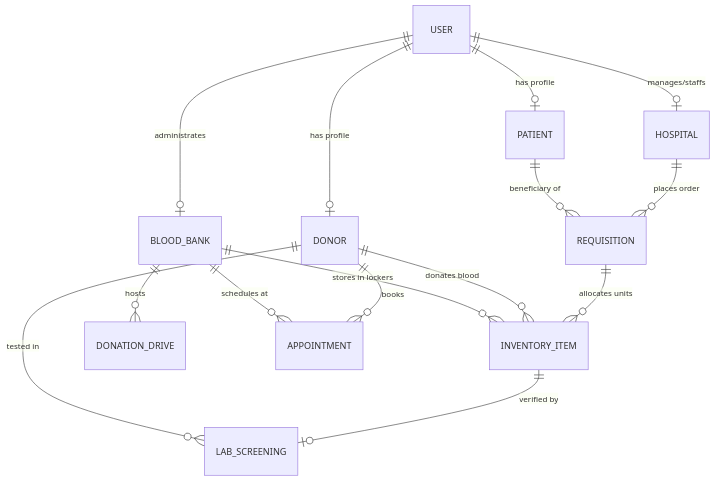
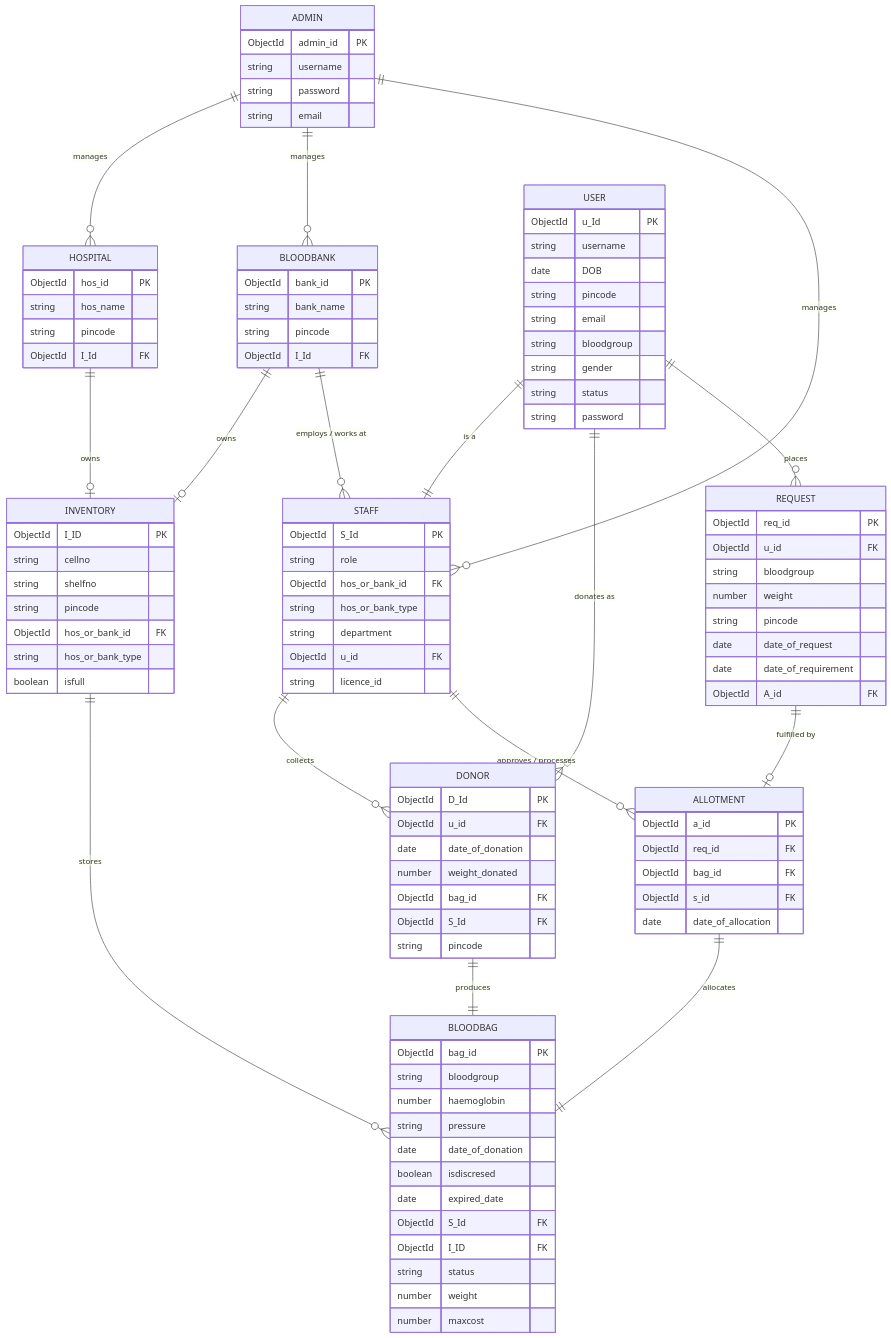
Before and after one commit to nyxens/GitBlameUs: the diagram in documents/DBSCHEMA.md, drawn with Mermaid. The commit also changed other lines of this file and 29 other files, not shown here.

````diff
--- a/documents/DBSCHEMA.md
+++ b/documents/DBSCHEMA.md
@@ -12,21 +15,120 @@
 ```mermaid
 erDiagram
-    USER ||--o| DONOR : "has profile"
-    USER ||--o| PATIENT : "has profile"
-    USER ||--o| HOSPITAL : "manages/staffs"
-    USER ||--o| BLOOD_BANK : "administrates"
-    
-    BLOOD_BANK ||--o{ INVENTORY_ITEM : "stores in lockers"
-    BLOOD_BANK ||--o{ DONATION_DRIVE : "hosts"
-    BLOOD_BANK ||--o{ APPOINTMENT : "schedules at"
-    
-    DONOR ||--o{ APPOINTMENT : "books"
-    DONOR ||--o{ INVENTORY_ITEM : "donates blood"
-    DONOR ||--o{ LAB_SCREENING : "tested in"
-    
-    PATIENT ||--o{ REQUISITION : "beneficiary of"
-    HOSPITAL ||--o{ REQUISITION : "places order"
-    
-    REQUISITION ||--o{ INVENTORY_ITEM : "allocates units"
-    INVENTORY_ITEM ||--o| LAB_SCREENING : "verified by"
+    ADMIN {
+        ObjectId admin_id PK
+        string username
+        string password
+        string email
+    }
+
+    HOSPITAL {
+        ObjectId hos_id PK
+        string hos_name
+        string pincode
+        ObjectId I_Id FK
+    }
+
+    BLOODBANK {
+        ObjectId bank_id PK
+        string bank_name
+        string pincode
+        ObjectId I_Id FK
+    }
+
+    STAFF {
+        ObjectId S_Id PK
+        string role
+        ObjectId hos_or_bank_id FK
+        string hos_or_bank_type
+        string department
+        ObjectId u_id FK
+        string licence_id
+    }
+
+    USER {
+        ObjectId u_Id PK
+        string username
+        date DOB
+        string pincode
+        string email
+        string bloodgroup
+        string gender
+        string status
+        string password
+    }
+
+    DONOR {
+        ObjectId D_Id PK
+        ObjectId u_id FK
+        date date_of_donation
+        number weight_donated
+        ObjectId bag_id FK
+        ObjectId S_Id FK
+        string pincode
+    }
+
+    INVENTORY {
+        ObjectId I_ID PK
+        string cellno
+        string shelfno
+        string pincode
+        ObjectId hos_or_bank_id FK
+        string hos_or_bank_type
+        boolean isfull
+    }
+
+    BLOODBAG {
+        ObjectId bag_id PK
+        string bloodgroup
+        number haemoglobin
+        string pressure
+        date date_of_donation
+        boolean isdiscresed
+        date expired_date
+        ObjectId S_Id FK
+        ObjectId I_ID FK
+        string status
+        number weight
+        number maxcost
+    }
+
+    REQUEST {
+        ObjectId req_id PK
+        ObjectId u_id FK
+        string bloodgroup
+        number weight
+        string pincode
+        date date_of_request
+        date date_of_requirement
+        ObjectId A_id FK
+    }
+
+    ALLOTMENT {
+        ObjectId a_id PK
+        ObjectId req_id FK
+        ObjectId bag_id FK
+        ObjectId s_id FK
+        date date_of_allocation
+    }
+
+    ADMIN ||--o{ HOSPITAL : "manages"
+    ADMIN ||--o{ BLOODBANK : "manages"
+    ADMIN ||--o{ STAFF : "manages"
+
+    HOSPITAL ||--o| INVENTORY : "owns"
+    BLOODBANK ||--o| INVENTORY : "owns"
+    BLOODBANK ||--o{ STAFF : "employs / works at"
+
+    USER ||--|| STAFF : "is a"
+    USER ||--o{ DONOR : "donates as"
+    USER ||--o{ REQUEST : "places"
+
+    STAFF ||--o{ DONOR : "collects"
+    STAFF ||--o{ ALLOTMENT : "approves / processes"
+
+    DONOR ||--|| BLOODBAG : "produces"
+    INVENTORY ||--o{ BLOODBAG : "stores"
+
+    REQUEST ||--o| ALLOTMENT : "fulfilled by"
+    ALLOTMENT ||--|| BLOODBAG : "allocates"
 ```
````
